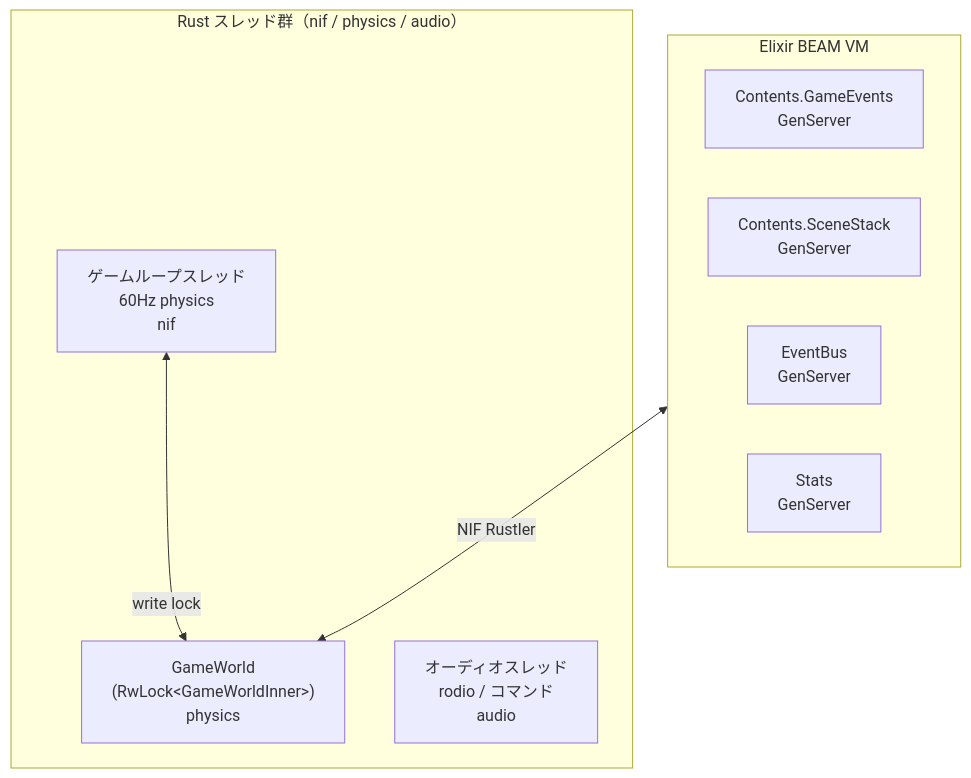
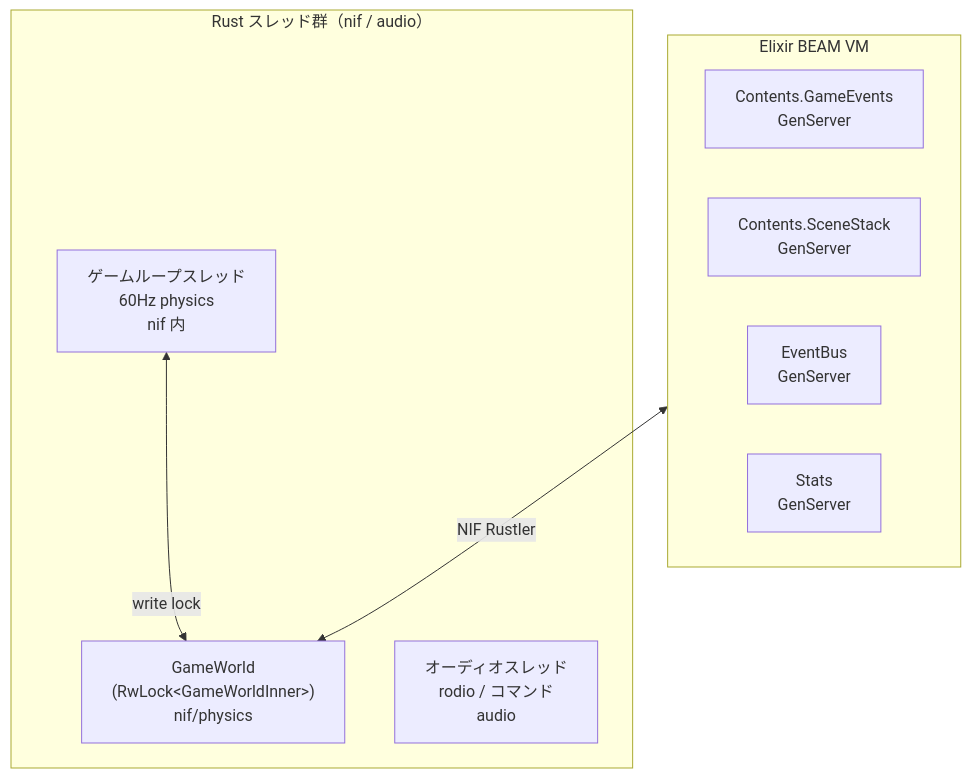
Diagram 15 of 15 in docs/architecture/overview.md (FRICK-ELDY/alchemy-engine), drawn with Mermaid before and after one commit. The commit also changed other lines of this file and 19 other files, not shown here.

````diff
--- a/docs/architecture/overview.md
+++ b/docs/architecture/overview.md
@@ -548,19 +549,19 @@
 ```mermaid
 graph TB
     subgraph BEAM["Elixir BEAM VM"]
         GEV[Contents.GameEvents\nGenServer]
         SS[Contents.SceneStack\nGenServer]
         EVB[EventBus\nGenServer]
         STS[Stats\nGenServer]
     end
 
     BEAM <-->|NIF Rustler| GW
 
-    subgraph RUST["Rust スレッド群（nif / physics / audio）"]
-        GL[ゲームループスレッド\n60Hz physics\nnif]
+    subgraph RUST["Rust スレッド群（nif / audio）"]
+        GL[ゲームループスレッド\n60Hz physics\nnif 内]
         AT[オーディオスレッド\nrodio / コマンド\naudio]
-        GW["GameWorld\n(RwLock&lt;GameWorldInner&gt;)\nphysics"]
+        GW["GameWorld\n(RwLock&lt;GameWorldInner&gt;)\nnif/physics"]
 
         GL <-->|write lock| GW
     end
 ```
````
